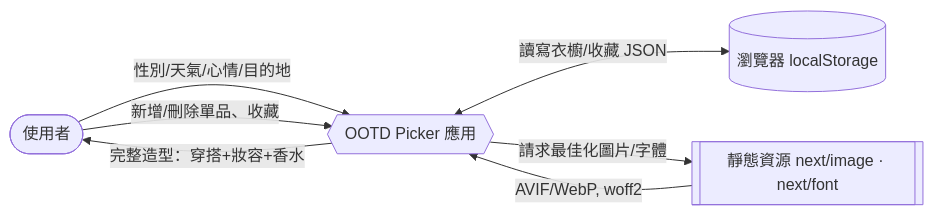
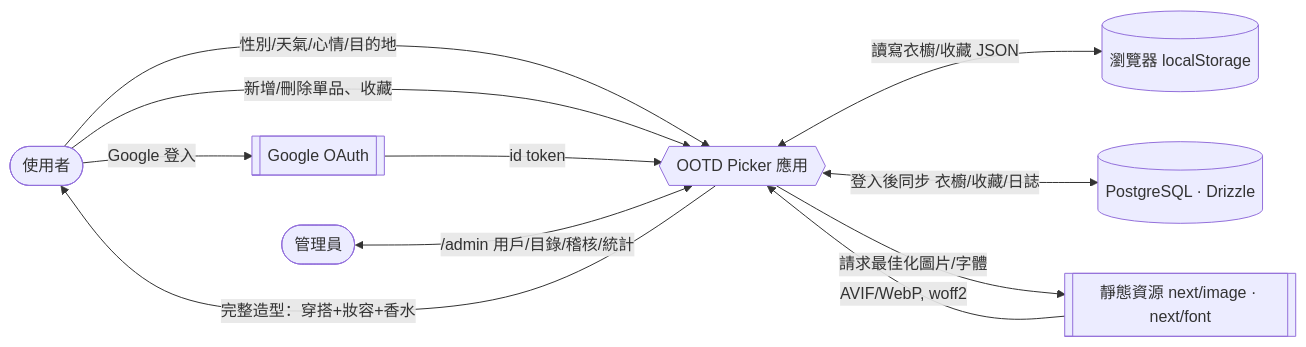
One commit to HACO8888/ootd-picker changed the first of 4 diagrams in DFD.md. Above: the diagram before and after it, drawn with Mermaid. The commit also changed other lines of this file and 6 other files, not shown here.

````diff
--- a/DFD.md
+++ b/DFD.md
@@ -16,9 +16,13 @@
 ```mermaid
 flowchart LR
     U([使用者]) -->|性別/天氣/心情/目的地| SYS{{OOTD Picker 應用}}
     SYS -->|完整造型：穿搭+妝容+香水| U
     U -->|新增/刪除單品、收藏| SYS
     SYS <-->|讀寫衣櫥/收藏 JSON| LS[(瀏覽器 localStorage)]
+    U -->|Google 登入| G[[Google OAuth]]
+    G -->|id token| SYS
+    SYS <-->|登入後同步 衣櫥/收藏/日誌| DB[(PostgreSQL · Drizzle)]
+    ADM([管理員]) <-->|/admin 用戶/目錄/稽核/統計| SYS
     SYS -->|請求最佳化圖片/字體| AS[[靜態資源 next/image · next/font]]
     AS -->|AVIF/WebP, woff2| SYS
 ```
````
